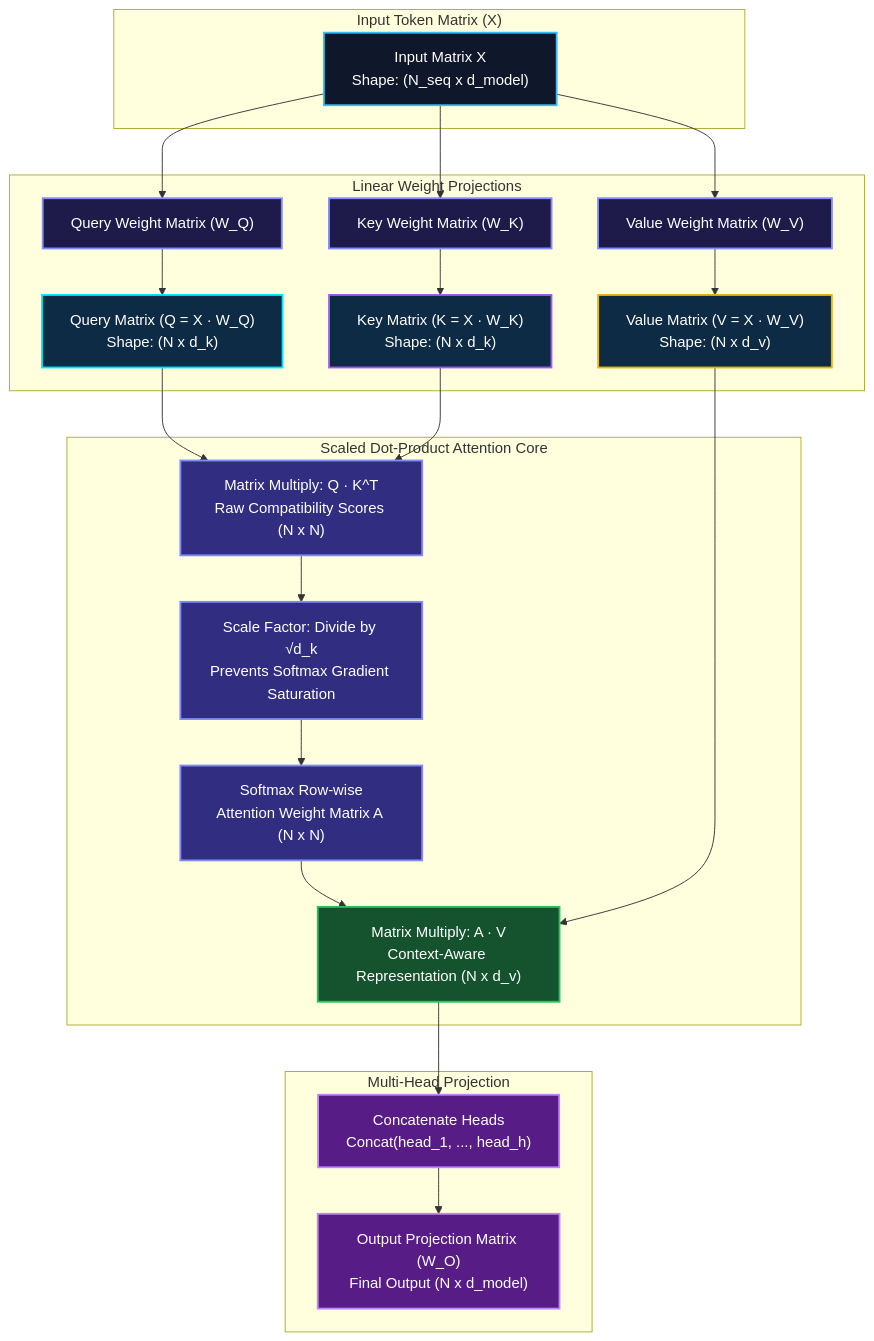
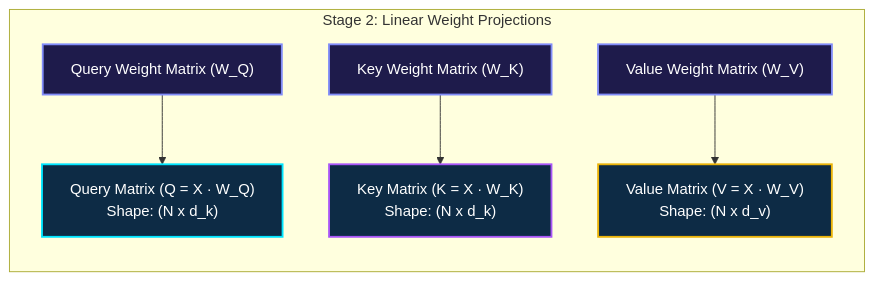
One commit to narenandu/narenvadapalli_dot_com changed the second of 7 diagrams in contents/blog/0073-transformer-revolution-self-attention-parallelization/index.md. Above: the diagram before and after it, drawn with Mermaid. The commit also changed other lines of this file and 22 other files, not shown here.

Commit message:
fix(blog): resolve side-by-side Mermaid diagrams, KaTeX math formatting, and alert tags across all blogs

````diff
--- a/contents/blog/0073-transformer-revolution-self-attention-parallelization/index.md
+++ b/contents/blog/0073-transformer-revolution-self-attention-parallelization/index.md
@@ -67,66 +76,24 @@
 ```mermaid
 flowchart TD
-    direction TB
-
-    subgraph Inputs ["Input Token Matrix (X)"]
-        X_TOKENS["Input Matrix X<br/>Shape: (N_seq x d_model)"]
-    end
-
-    subgraph Projections ["Linear Weight Projections"]
+    subgraph Projections ["Stage 2: Linear Weight Projections"]
+        direction TD
         WQ["Query Weight Matrix (W_Q)"]
         WK["Key Weight Matrix (W_K)"]
         WV["Value Weight Matrix (W_V)"]
         
         Q_MAT["Query Matrix (Q = X · W_Q)<br/>Shape: (N x d_k)"]
         K_MAT["Key Matrix (K = X · W_K)<br/>Shape: (N x d_k)"]
         V_MAT["Value Matrix (V = X · W_V)<br/>Shape: (N x d_v)"]
+
+        WQ --> Q_MAT
+        WK --> K_MAT
+        WV --> V_MAT
     end
 
-    subgraph AttentionCore ["Scaled Dot-Product Attention Core"]
-        QK_PROD["Matrix Multiply: Q · K^T<br/>Raw Compatibility Scores (N x N)"]
-        SCALE["Scale Factor: Divide by √d_k<br/>Prevents Softmax Gradient Saturation"]
-        SOFTMAX["Softmax Row-wise<br/>Attention Weight Matrix A (N x N)"]
-        V_PROD["Matrix Multiply: A · V<br/>Context-Aware Representation (N x d_v)"]
-    end
-
-    subgraph MultiHead ["Multi-Head Projection"]
-        CONCAT["Concatenate Heads<br/>Concat(head_1, ..., head_h)"]
-        WO_PROJ["Output Projection Matrix (W_O)<br/>Final Output (N x d_model)"]
-    end
-
-    X_TOKENS --> WQ
-    X_TOKENS --> WK
-    X_TOKENS --> WV
-
-    WQ --> Q_MAT
-    WK --> K_MAT
-    WV --> V_MAT
-
-    Q_MAT --> QK_PROD
-    K_MAT --> QK_PROD
-    
-    QK_PROD --> SCALE
-    SCALE --> SOFTMAX
-    SOFTMAX --> V_PROD
-    V_MAT --> V_PROD
-
-    V_PROD --> CONCAT
-    CONCAT --> WO_PROJ
-
-    style X_TOKENS fill:#0f172a,stroke:#38bdf8,stroke-width:2px,color:#ffffff
     style WQ fill:#1e1b4b,stroke:#818cf8,stroke-width:2px,color:#ffffff
     style WK fill:#1e1b4b,stroke:#818cf8,stroke-width:2px,color:#ffffff
     style WV fill:#1e1b4b,stroke:#818cf8,stroke-width:2px,color:#ffffff
-    
     style Q_MAT fill:#0d2b45,stroke:#00e5ff,stroke-width:2px,color:#ffffff
     style K_MAT fill:#0d2b45,stroke:#a855f7,stroke-width:2px,color:#ffffff
     style V_MAT fill:#0d2b45,stroke:#eab308,stroke-width:2px,color:#ffffff
-    
-    style QK_PROD fill:#312e81,stroke:#818cf8,stroke-width:2px,color:#ffffff
-    style SCALE fill:#312e81,stroke:#818cf8,stroke-width:2px,color:#ffffff
-    style SOFTMAX fill:#312e81,stroke:#818cf8,stroke-width:2px,color:#ffffff
-    style V_PROD fill:#14532d,stroke:#22c55e,stroke-width:2px,color:#ffffff
-    
-    style CONCAT fill:#581c87,stroke:#c084fc,stroke-width:2px,color:#ffffff
-    style WO_PROJ fill:#581c87,stroke:#c084fc,stroke-width:2px,color:#ffffff
 ```
````
